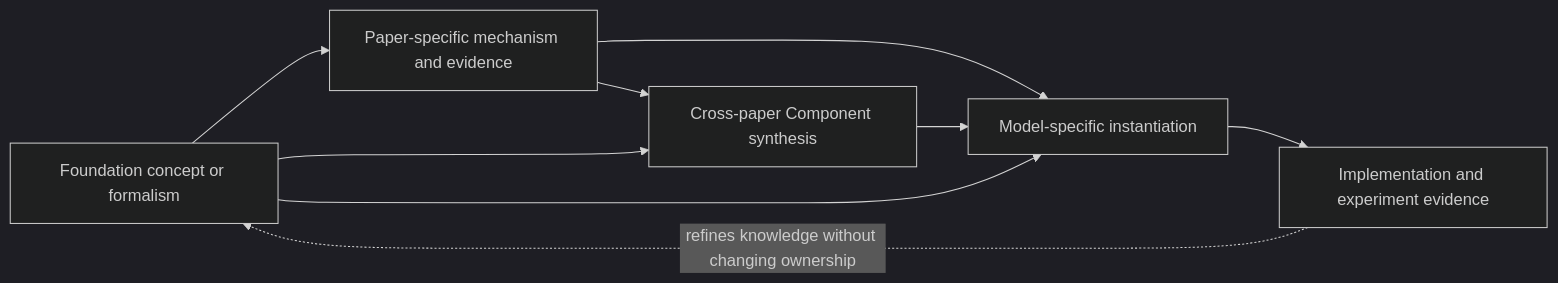
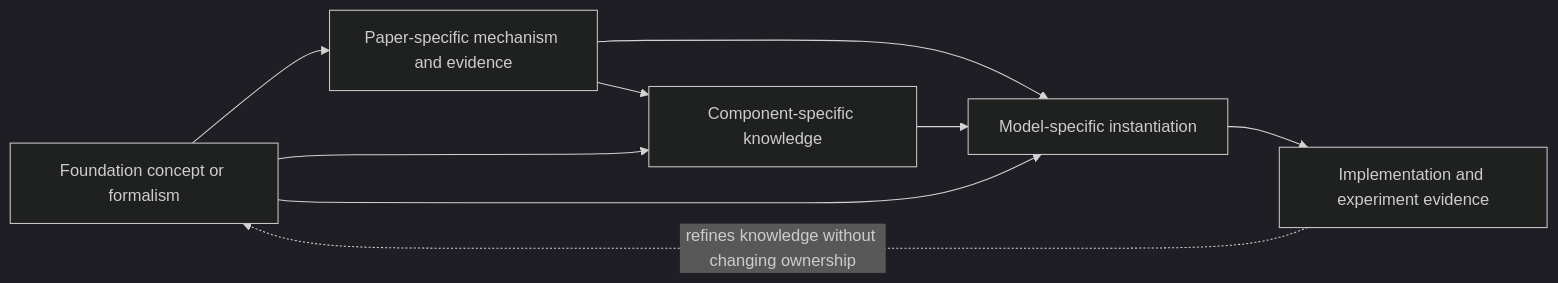
Before and after one commit to ABA-WM-Knowledge-Base/ABA-WM-Knowledge-Base: the diagram in foundations/README.md, drawn with Mermaid (dark theme). The commit also changed other lines of this file and 12 other files, not shown here.

Commit message:
Make component design entry-specific

````diff
--- a/foundations/README.md
+++ b/foundations/README.md
@@ -29,11 +29,11 @@
 ```mermaid
 flowchart LR
     F["Foundation concept or formalism"] --> P["Paper-specific mechanism and evidence"]
-    F --> C["Cross-paper Component synthesis"]
+    F --> C["Component-specific knowledge"]
     F --> M["Model-specific instantiation"]
     P --> M
     P --> C
     C --> M
     M --> E["Implementation and experiment evidence"]
     E -.->|refines knowledge without changing ownership| F
 ```
````
